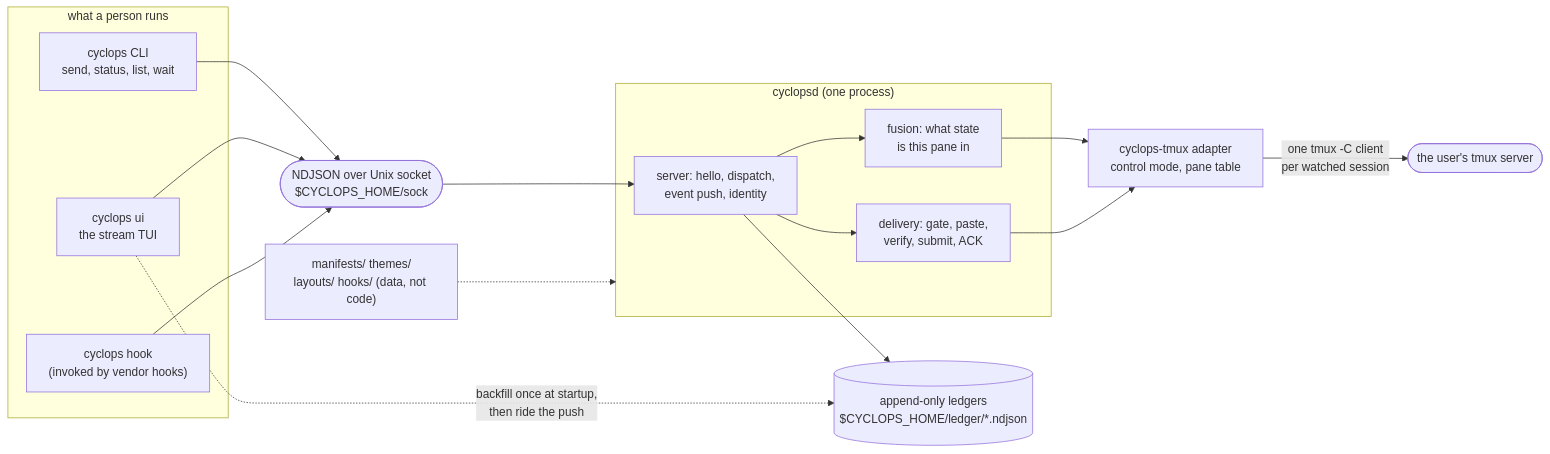
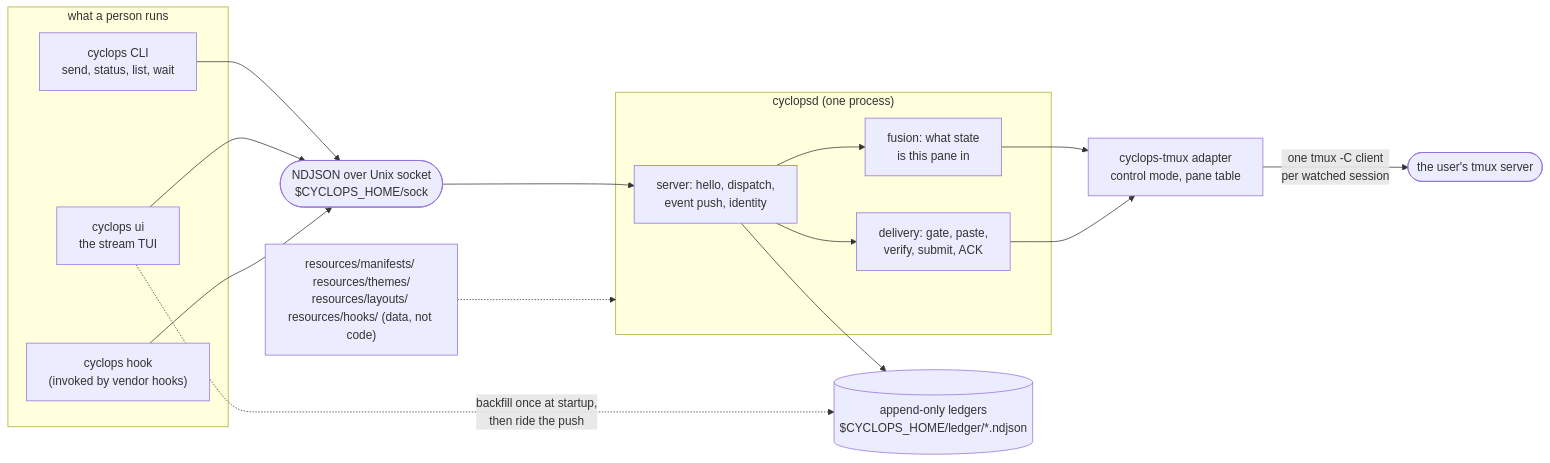
One commit to cyclops-team/cyclops changed the first of 2 diagrams in .agents/summary/architecture.md. Above: the diagram before and after it, drawn with Mermaid. The commit also changed other lines of this file and 371 other files, not shown here.

````diff
--- a/.agents/summary/architecture.md
+++ b/.agents/summary/architecture.md
@@ -10,31 +10,31 @@
 ```mermaid
 flowchart LR
     subgraph clients["what a person runs"]
       cli["cyclops CLI<br/>send, status, list, wait"]
       ui["cyclops ui<br/>the stream TUI"]
       hk["cyclops hook<br/>(invoked by vendor hooks)"]
     end
     sock(["NDJSON over Unix socket<br/>$CYCLOPS_HOME/sock"])
     subgraph daemon["cyclopsd (one process)"]
       srv["server: hello, dispatch,<br/>event push, identity"]
       fus["fusion: what state<br/>is this pane in"]
       del["delivery: gate, paste,<br/>verify, submit, ACK"]
     end
     ad["cyclops-tmux adapter<br/>control mode, pane table"]
     tmux(["the user's tmux server"])
     led[("append-only ledgers<br/>$CYCLOPS_HOME/ledger/*.ndjson")]
-    data["manifests/ themes/<br/>layouts/ hooks/ (data, not code)"]
+    data["resources/manifests/ resources/themes/<br/>resources/layouts/ resources/hooks/ (data, not code)"]
 
     cli --> sock
     ui --> sock
     hk --> sock
     sock --> srv
     srv --> fus
     srv --> del
     fus --> ad
     del --> ad
     ad -->|"one tmux -C client<br/>per watched session"| tmux
     srv --> led
     ui -.->|"backfill once at startup,<br/>then ride the push"| led
     data -.-> daemon
 ```
````
